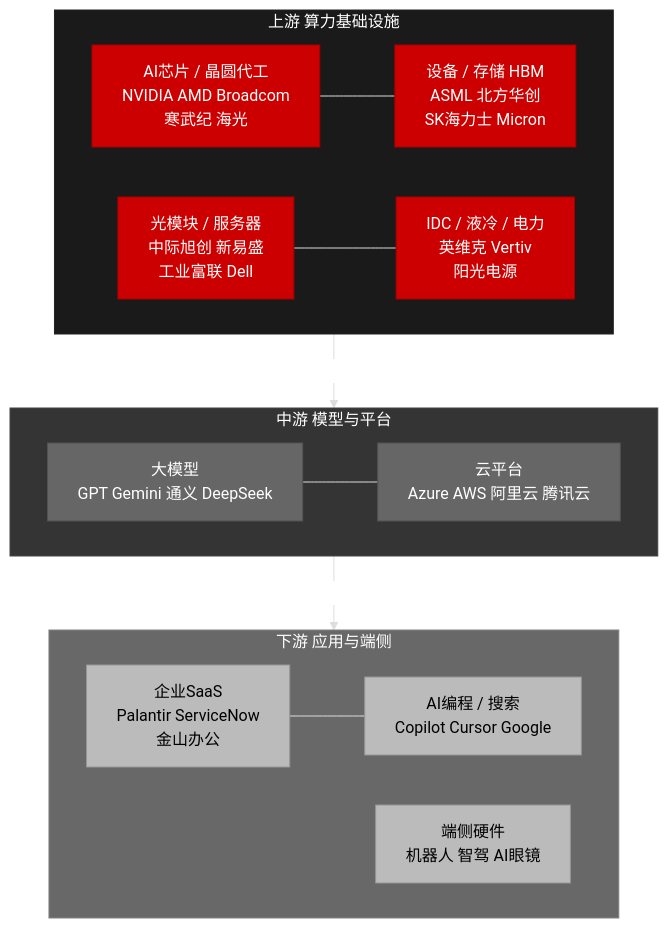
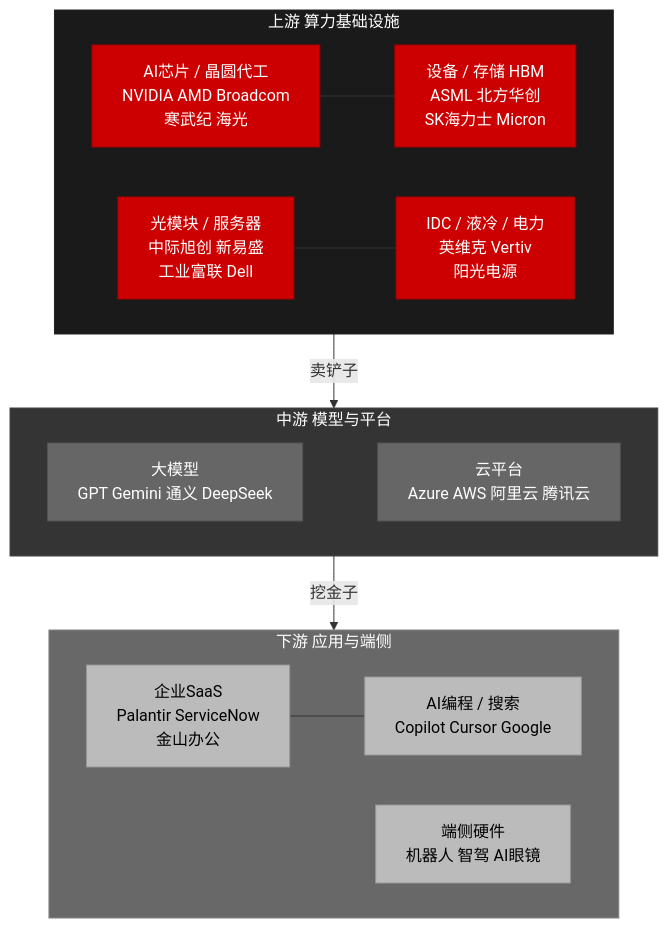
The first of 7 diagrams in skills/writing/mermaid-diagram/tests/bain-style-test.md (harveyzhang814/harveyz-skill), drawn with Mermaid before and after one commit. The commit also changed other lines of this file and 2 other files, not shown here.

Commit message:
fix(mermaid-diagram): remove %%{init}%% blocks; ban in SKILL.md
%%{init}%% multiline blocks in flowcharts cause silent rendering failure —
all inline style colors are lost. Flowchart colors must come from style
declarations only.

````diff
--- a/skills/writing/mermaid-diagram/tests/bain-style-test.md
+++ b/skills/writing/mermaid-diagram/tests/bain-style-test.md
@@ -10,40 +10,32 @@
 ```mermaid
-%%{init: {"theme": "base", "themeVariables": {
-  "primaryColor": "#CC0000", "primaryBorderColor": "#B80000",
-  "primaryTextColor": "#FFFFFF", "secondaryColor": "#666666",
-  "tertiaryColor": "#BBBBBB", "background": "#FFFFFF",
-  "mainBkg": "#CC0000", "clusterBkg": "#1A1A1A",
-  "titleColor": "#CC0000", "lineColor": "#DDDDDD",
-  "edgeLabelBackground": "#FFFFFF"
-}}}%%
 flowchart TD
     subgraph UP["上游 算力基础设施"]
         U1["AI芯片 / 晶圆代工<br/>NVIDIA AMD Broadcom<br/>寒武纪 海光"] --- U2["设备 / 存储 HBM<br/>ASML 北方华创<br/>SK海力士 Micron"]
         U3["光模块 / 服务器<br/>中际旭创 新易盛<br/>工业富联 Dell"]  --- U4["IDC / 液冷 / 电力<br/>英维克 Vertiv<br/>阳光电源"]
     end
 
     subgraph MID["中游 模型与平台"]
         M1["大模型<br/>GPT Gemini 通义 DeepSeek"] --- M2["云平台<br/>Azure AWS 阿里云 腾讯云"]
     end
 
     subgraph DOWN["下游 应用与端侧"]
         D1["企业SaaS<br/>Palantir ServiceNow<br/>金山办公"] --- D2["AI编程 / 搜索<br/>Copilot Cursor Google"]
         D3["端侧硬件<br/>机器人 智驾 AI眼镜"]
     end
 
     UP -->|"卖铲子"| MID
     MID -->|"挖金子"| DOWN
 
     style UP   fill:#1A1A1A,color:#fff,stroke:#222222
     style MID  fill:#343434,color:#fff,stroke:#444444
     style DOWN fill:#686868,color:#fff,stroke:#828282
     style U1 fill:#CC0000,color:#fff,stroke:#A30000
     style U2 fill:#CC0000,color:#fff,stroke:#A30000
     style U3 fill:#CC0000,color:#fff,stroke:#A30000
     style U4 fill:#CC0000,color:#fff,stroke:#A30000
     style M1 fill:#666666,color:#fff,stroke:#525252
     style M2 fill:#666666,color:#fff,stroke:#525252
     style D1 fill:#BBBBBB,color:#000,stroke:#969696
     style D2 fill:#BBBBBB,color:#000,stroke:#969696
     style D3 fill:#BBBBBB,color:#000,stroke:#969696
 ```
````
